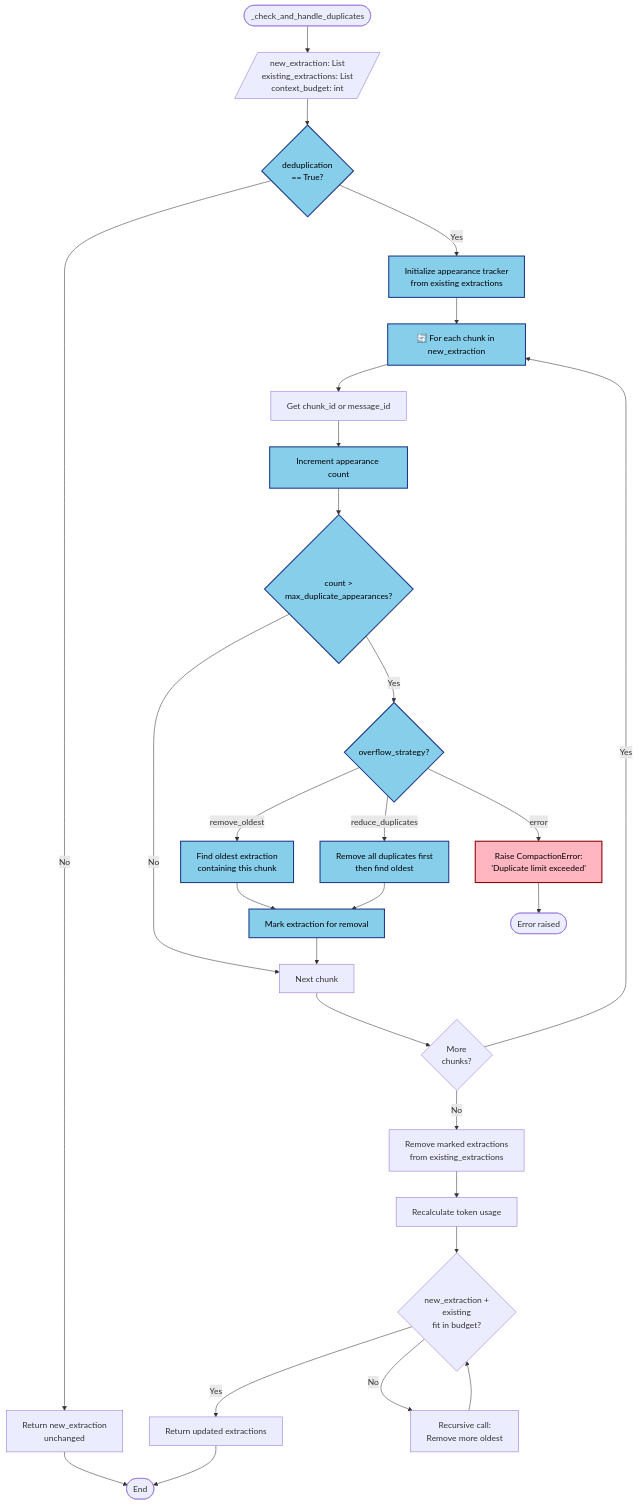
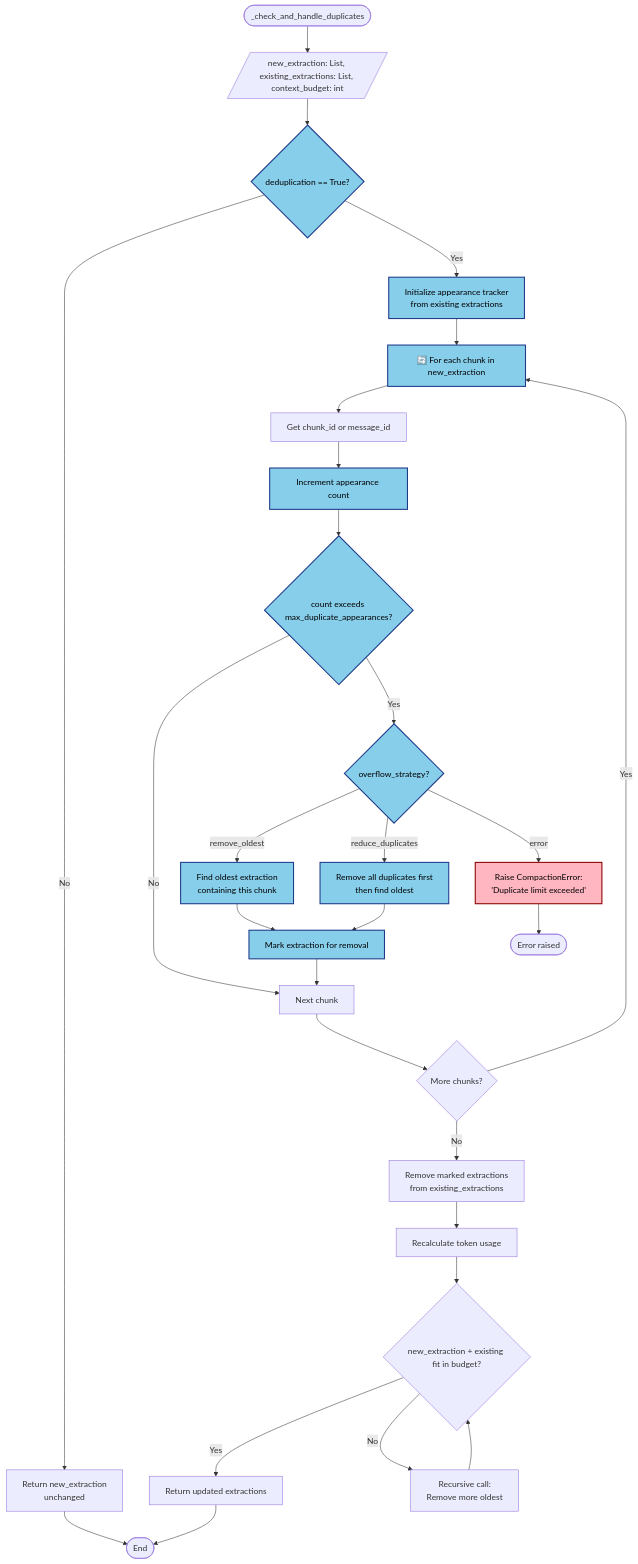
One commit to Deepakk681/kiwiq changed diagram 12 of 22 in docs/design_docs/workflow_service_docs/technical_design/prompt_compaction/CODE_FLOW_DIAGRAMS.md. Above: the diagram before and after it, drawn with Mermaid. The commit also changed other lines of this file and 38 other files, not shown here.

````diff
--- a/docs/design_docs/workflow_service_docs/technical_design/prompt_compaction/CODE_FLOW_DIAGRAMS.md
+++ b/docs/design_docs/workflow_service_docs/technical_design/prompt_compaction/CODE_FLOW_DIAGRAMS.md
@@ -1443,49 +1473,49 @@
 ```mermaid
 graph TB
-    START([_check_and_handle_duplicates]) --> INPUT[/new_extraction: List<br/>existing_extractions: List<br/>context_budget: int/]
+    START([_check_and_handle_duplicates]) --> INPUT[/new_extraction: List, existing_extractions: List, context_budget: int/]
 
-    INPUT --> CHECK_ENABLED{deduplication<br/>== True?}
+    INPUT --> CHECK_ENABLED{deduplication == True?}
 
     CHECK_ENABLED -->|No| RETURN_ORIG[Return new_extraction<br/>unchanged]
     CHECK_ENABLED -->|Yes| INIT_TRACKER[Initialize appearance tracker<br/>from existing extractions]
 
     INIT_TRACKER --> LOOP[🔄 For each chunk in new_extraction]
     LOOP --> GET_ID[Get chunk_id or message_id]
     GET_ID --> INCREMENT[Increment appearance count]
 
-    INCREMENT --> CHECK_LIMIT{count ><br/>max_duplicate_appearances?}
+    INCREMENT --> CHECK_LIMIT{count exceeds max_duplicate_appearances?}
 
     CHECK_LIMIT -->|No| NEXT[Next chunk]
     CHECK_LIMIT -->|Yes| OVERFLOW_STRATEGY{overflow_strategy?}
 
     OVERFLOW_STRATEGY -->|remove_oldest| FIND_OLDEST[Find oldest extraction<br/>containing this chunk]
     OVERFLOW_STRATEGY -->|reduce_duplicates| REDUCE_FIRST[Remove all duplicates first<br/>then find oldest]
     OVERFLOW_STRATEGY -->|error| RAISE_ERROR[Raise CompactionError:<br/>'Duplicate limit exceeded']
 
     FIND_OLDEST --> MARK_OVERFLOW[Mark extraction for removal]
     REDUCE_FIRST --> MARK_OVERFLOW
 
     MARK_OVERFLOW --> NEXT
     RAISE_ERROR --> END_ERROR([Error raised])
 
-    NEXT --> MORE{More<br/>chunks?}
+    NEXT --> MORE{More chunks?}
 
     MORE -->|Yes| LOOP
     MORE -->|No| REMOVE_MARKED[Remove marked extractions<br/>from existing_extractions]
 
     REMOVE_MARKED --> UPDATE_BUDGET[Recalculate token usage]
-    UPDATE_BUDGET --> REFIT{new_extraction +<br/>existing<br/>fit in budget?}
+    UPDATE_BUDGET --> REFIT{new_extraction + existing fit in budget?}
 
     REFIT -->|Yes| RETURN_ALL[Return updated extractions]
     REFIT -->|No| RECURSIVE[Recursive call:<br/>Remove more oldest]
 
     RECURSIVE --> REFIT
     RETURN_ALL --> END([End])
     RETURN_ORIG --> END
 
     classDef v21 fill:#87CEEB,stroke:#1E3A8A,stroke-width:2px,color:#000
     classDef error fill:#FFB6C1,stroke:#8B0000,stroke-width:2px,color:#000
 
     class CHECK_ENABLED,INIT_TRACKER,LOOP,INCREMENT,CHECK_LIMIT,OVERFLOW_STRATEGY,FIND_OLDEST,REDUCE_FIRST,MARK_OVERFLOW v21
     class RAISE_ERROR error
 ```
````
